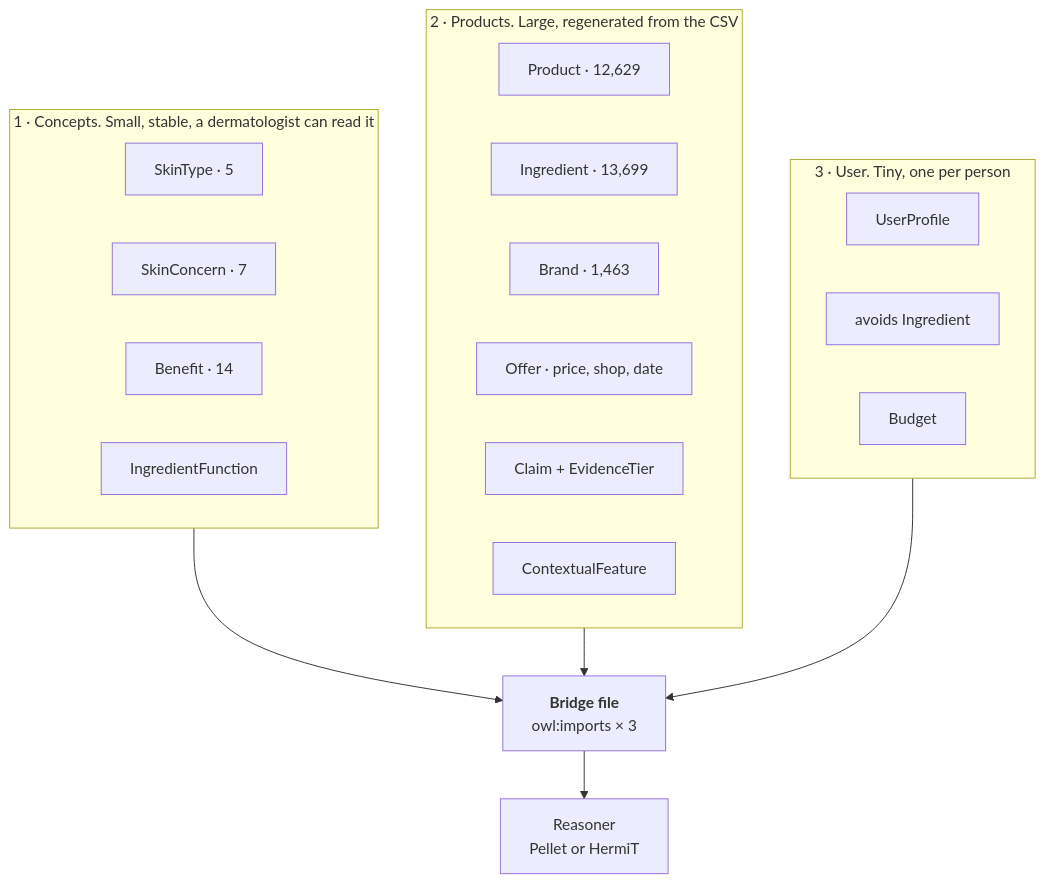
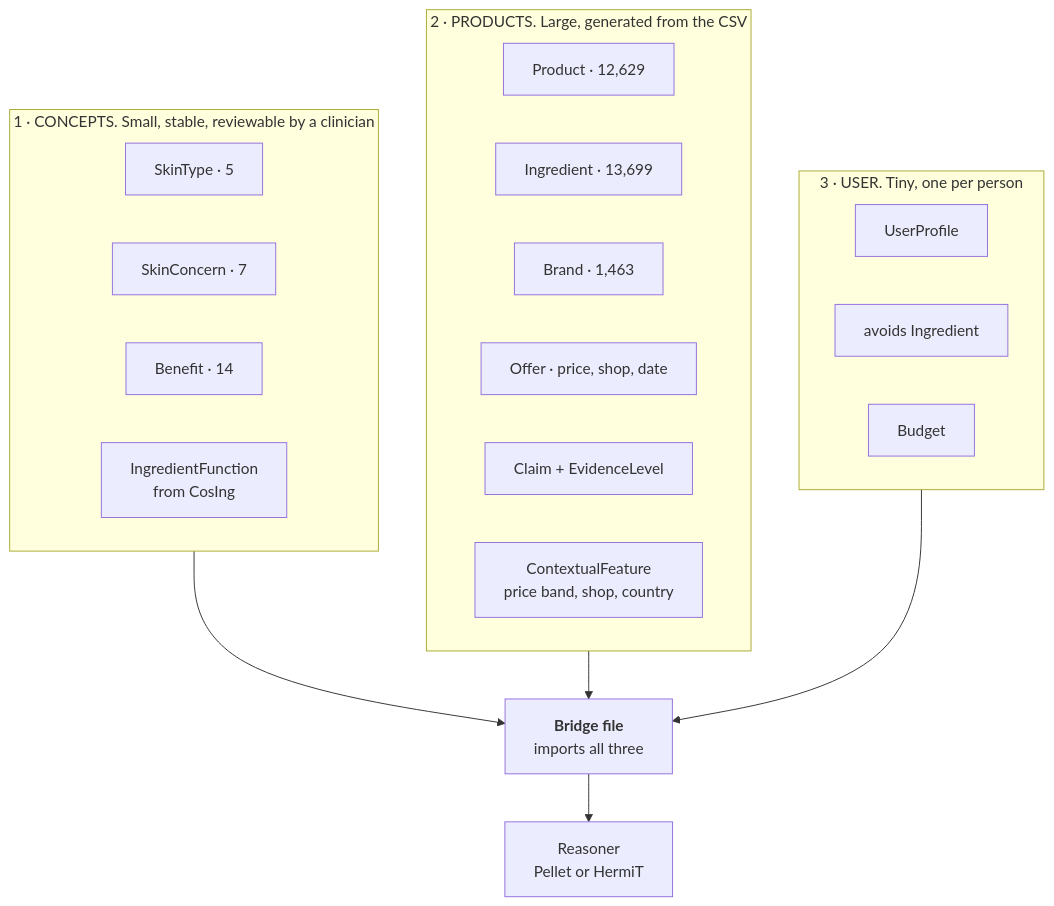
One commit to devexlynne/A-Multi-Source-Enriched-Skincare-Product-Dataset-for-Knowledge-Graph-Based-Recommendation changed the fifth of 6 diagrams in ONTOLOGY_REUSE.md. Above: the diagram before and after it, drawn with Mermaid. The commit also changed other lines of this file and 4 other files, not shown here.

````diff
--- a/ONTOLOGY_REUSE.md
+++ b/ONTOLOGY_REUSE.md
@@ -182,26 +298,26 @@
 ```mermaid
 graph TB
-    subgraph ONE["1 · Concepts. Small, stable, a dermatologist can read it"]
+    subgraph ONE["1 · CONCEPTS. Small, stable, reviewable by a clinician"]
         ST["SkinType · 5"]
         SC["SkinConcern · 7"]
         BN["Benefit · 14"]
-        IF["IngredientFunction"]
+        IF["IngredientFunction<br/>from CosIng"]
     end
-    subgraph TWO["2 · Products. Large, regenerated from the CSV"]
+    subgraph TWO["2 · PRODUCTS. Large, generated from the CSV"]
         PD["Product · 12,629"]
         IG["Ingredient · 13,699"]
         BD["Brand · 1,463"]
         OF["Offer · price, shop, date"]
-        CLM["Claim + EvidenceTier"]
-        CTX["ContextualFeature"]
+        CLM["Claim + EvidenceLevel"]
+        CTX["ContextualFeature<br/>price band, shop, country"]
     end
-    subgraph THREE["3 · User. Tiny, one per person"]
+    subgraph THREE["3 · USER. Tiny, one per person"]
         UP["UserProfile"]
         AL["avoids Ingredient"]
         BG["Budget"]
     end
-    ONE --> BR["<b>Bridge file</b><br/>owl:imports × 3"]
+    ONE --> BR["<b>Bridge file</b><br/>imports all three"]
     TWO --> BR
     THREE --> BR
     BR --> RS["Reasoner<br/>Pellet or HermiT"]
 ```
````
